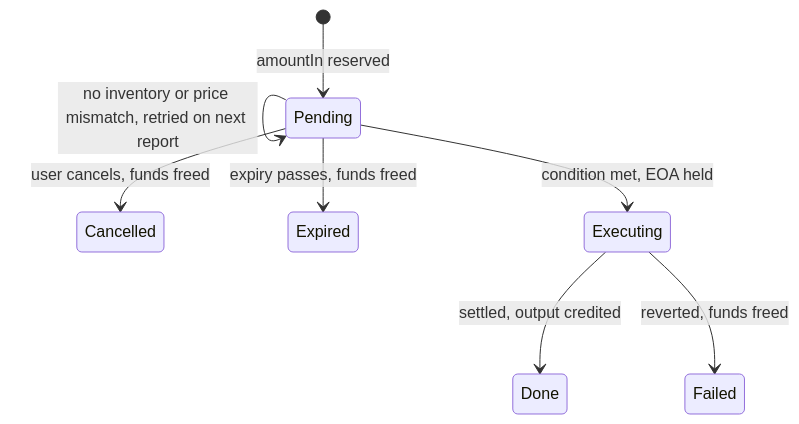
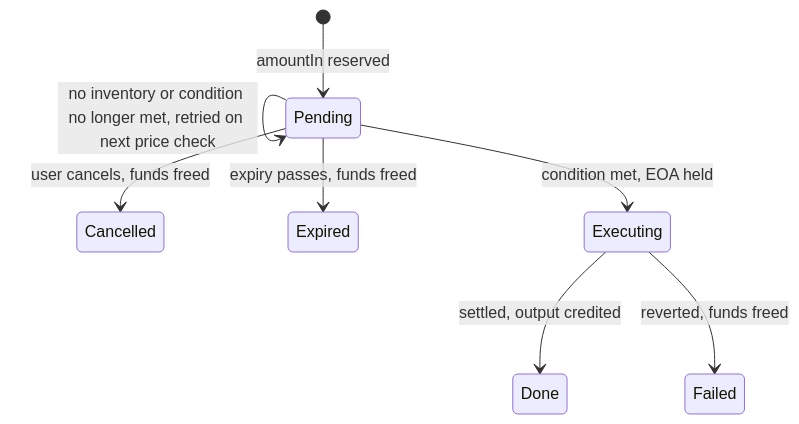
One commit to Apurvborhade/Cloakroom changed the diagram in docs/chain-logic.md. Above: the diagram before and after it, drawn with Mermaid. The commit also changed other lines of this file and 4 other files, not shown here.

````diff
--- a/docs/chain-logic.md
+++ b/docs/chain-logic.md
@@ -7,10 +7,10 @@
 ```mermaid
 stateDiagram-v2
   [*] --> Pending: amountIn reserved
-  Pending --> Pending: no inventory or price mismatch, retried on next report
+  Pending --> Pending: no inventory or condition no longer met, retried on next price check
   Pending --> Executing: condition met, EOA held
   Pending --> Cancelled: user cancels, funds freed
   Pending --> Expired: expiry passes, funds freed
   Executing --> Done: settled, output credited
   Executing --> Failed: reverted, funds freed
 ```
````
